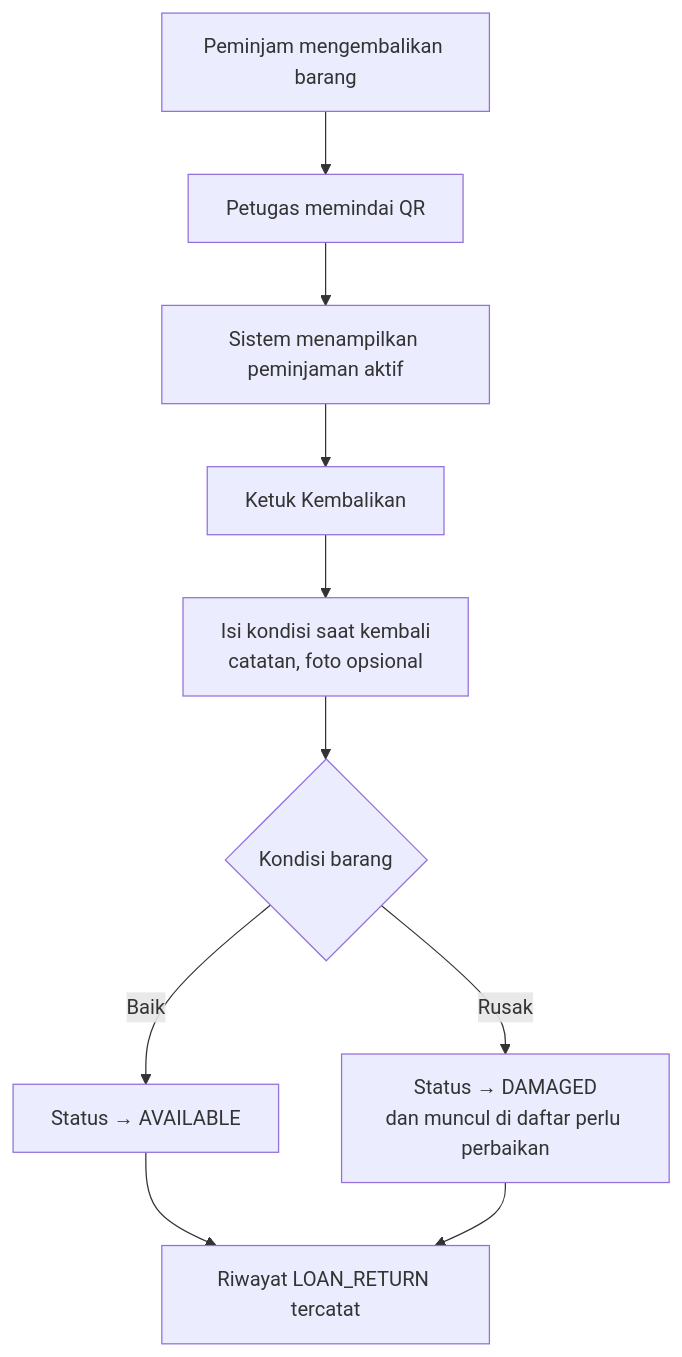
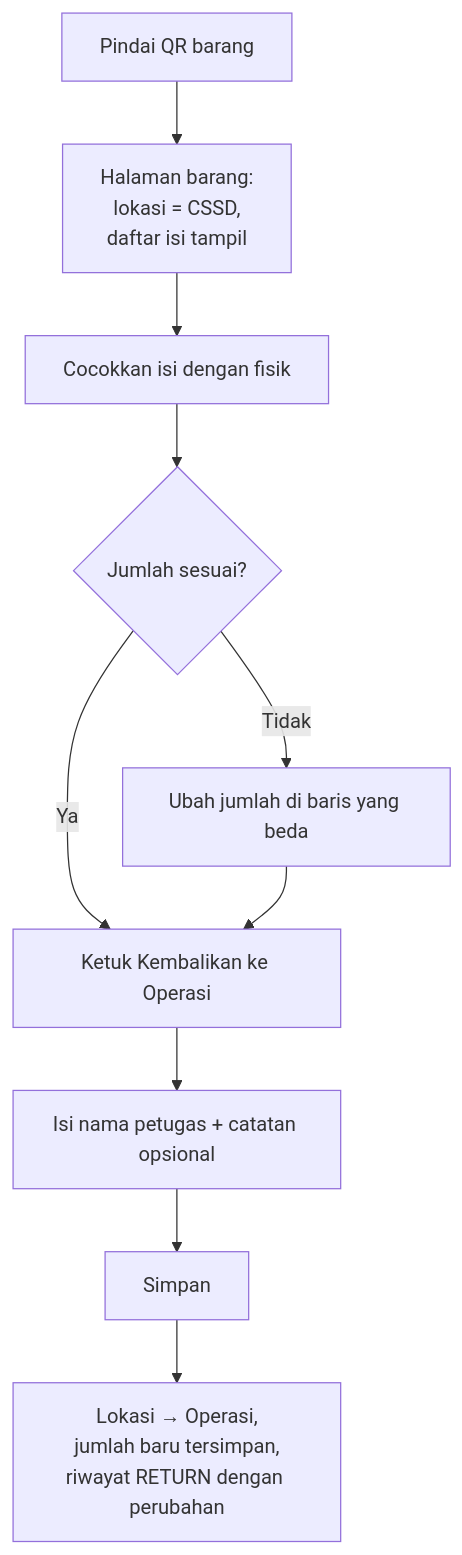
The third of 3 diagrams in docs/05-user-flows.md (mferdinandr/inventory-management), drawn with Mermaid before and after one commit. The commit also changed other lines of this file and 1 other file, not shown here.

First line of the commit message:
docs: rewrite PRD and user flows for two routes and 4 roles

````diff
--- a/docs/05-user-flows.md
+++ b/docs/05-user-flows.md
@@ -159,12 +53,12 @@
 ```mermaid
 flowchart TD
-    A["Peminjam mengembalikan barang"] --> B["Petugas memindai QR"]
-    B --> C["Sistem menampilkan peminjaman aktif"]
-    C --> D["Ketuk Kembalikan"]
-    D --> E["Isi kondisi saat kembali<br/>catatan, foto opsional"]
-    E --> F{"Kondisi barang"}
-    F -->|Baik| G["Status → AVAILABLE"]
-    F -->|Rusak| H["Status → DAMAGED<br/>dan muncul di daftar perlu perbaikan"]
-    G --> I["Riwayat LOAN_RETURN tercatat"]
-    H --> I
+    A["Pindai QR barang"] --> B["Halaman barang:<br/>lokasi = CSSD,<br/>daftar isi tampil"]
+    B --> C["Cocokkan isi dengan fisik"]
+    C --> D{"Jumlah sesuai?"}
+    D -->|Ya| F["Ketuk Kembalikan ke Operasi"]
+    D -->|Tidak| E["Ubah jumlah di baris yang beda"]
+    E --> F
+    F --> G["Isi nama petugas + catatan opsional"]
+    G --> H["Simpan"]
+    H --> I["Lokasi → Operasi,<br/>jumlah baru tersimpan,<br/>riwayat RETURN dengan perubahan"]
 ```
````
